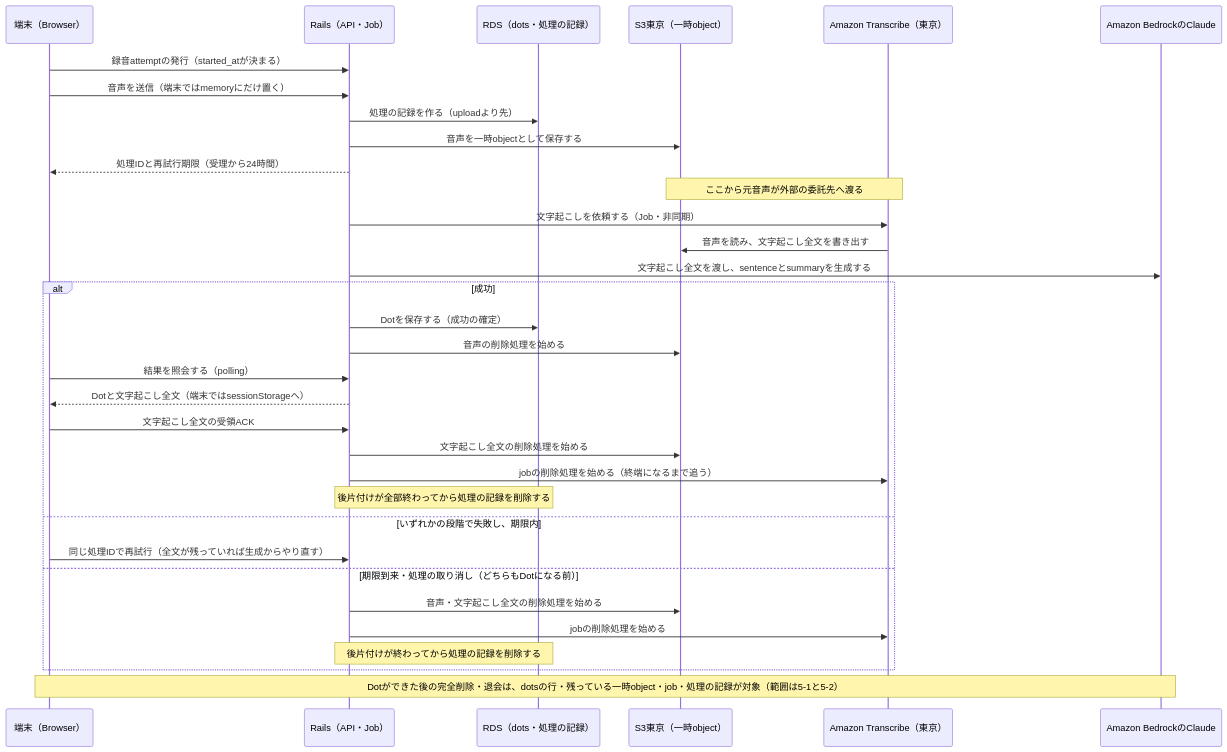
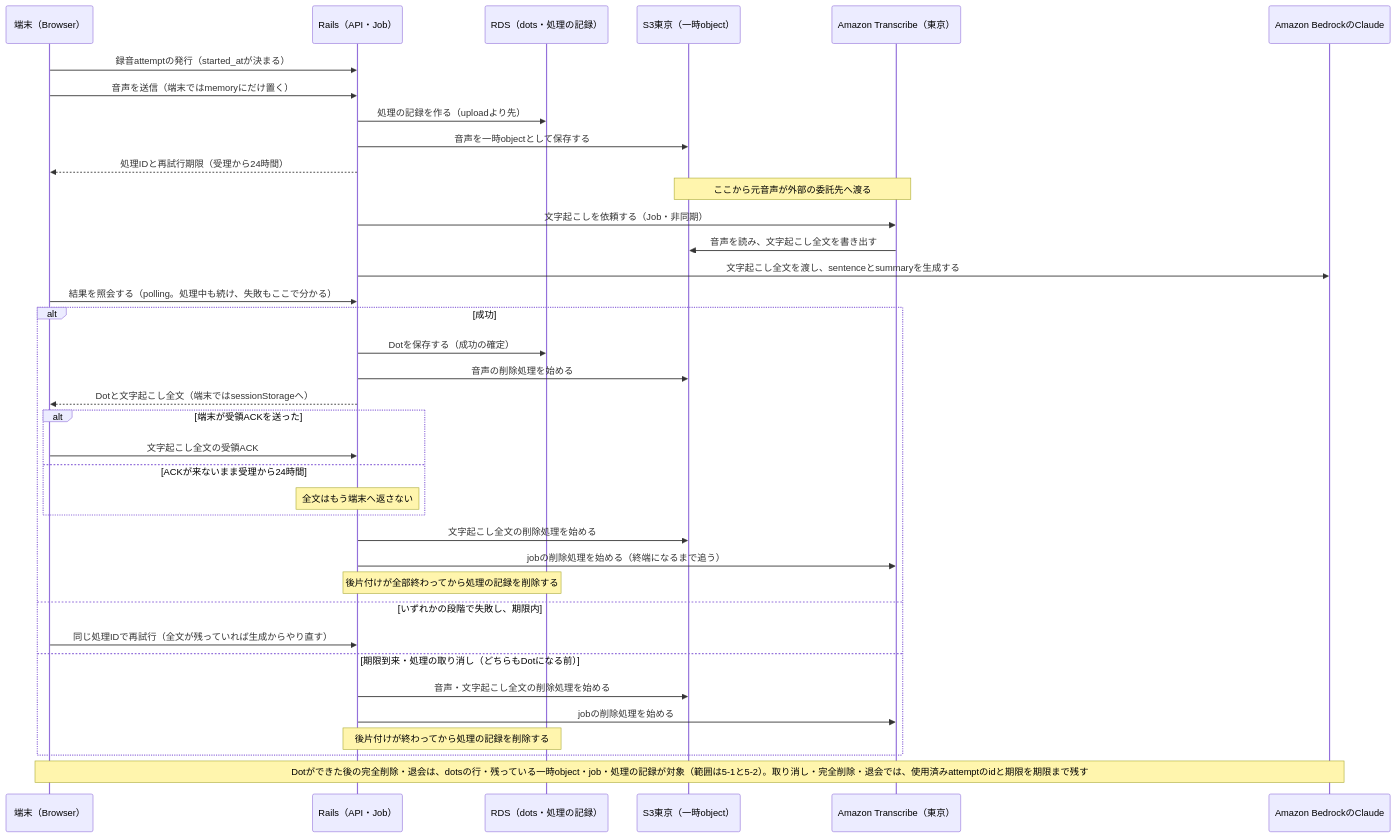
Before and after one commit to FujieMasaki/fod-app: the diagram in docs/privacy.md, drawn with Mermaid. The commit also changed other lines of this file and 1 other file, not shown here.

Commit message:
docs: 成功後もACKがなければ24時間で全文の削除を始めることを図に示す - privacy.mdの成功の枝を「受領ACK」と「ACKが来ないまま受理から24時間」に分け、どちらでも文字起こし全文とjobの削除処理を始めるようにした。期限が「Dotになる前」だけに効くように読めていた（サブエージェントの指摘） - 結果の照会を分岐の前に置き、処理中も続けて失敗もそこで分かるようにした - 取り消し・完全削除・退会で使用済みattemptのidと期限を残すことを注記した - jobの削除はアプリが行い、委託先の内部で保持され得る分は即時に消せない、と書き分けた - dot-history.mdの0件の矢印を、画面の自動切り替えではなく一覧のデータの取り直しと明記した
Claude-Session: https://claude.ai/code/session_01KTEi7nzin7t41k1wbo4Bbr

````diff
--- a/docs/privacy.md
+++ b/docs/privacy.md
@@ -164,35 +164,39 @@
 ```mermaid
 sequenceDiagram
     participant B as 端末（Browser）
     participant R as Rails（API・Job）
     participant DB as RDS（dots・処理の記録）
     participant S3 as S3東京（一時object）
     participant T as Amazon Transcribe（東京）
     participant AI as Amazon BedrockのClaude
     B->>R: 録音attemptの発行（started_atが決まる）
     B->>R: 音声を送信（端末ではmemoryにだけ置く）
     R->>DB: 処理の記録を作る（uploadより先）
     R->>S3: 音声を一時objectとして保存する
     R-->>B: 処理IDと再試行期限（受理から24時間）
     Note over S3,T: ここから元音声が外部の委託先へ渡る
     R->>T: 文字起こしを依頼する（Job・非同期）
     T->>S3: 音声を読み、文字起こし全文を書き出す
     R->>AI: 文字起こし全文を渡し、sentenceとsummaryを生成する
+    B->>R: 結果を照会する（polling。処理中も続け、失敗もここで分かる）
     alt 成功
         R->>DB: Dotを保存する（成功の確定）
         R->>S3: 音声の削除処理を始める
-        B->>R: 結果を照会する（polling）
         R-->>B: Dotと文字起こし全文（端末ではsessionStorageへ）
-        B->>R: 文字起こし全文の受領ACK
+        alt 端末が受領ACKを送った
+            B->>R: 文字起こし全文の受領ACK
+        else ACKが来ないまま受理から24時間
+            Note over R: 全文はもう端末へ返さない
+        end
         R->>S3: 文字起こし全文の削除処理を始める
         R->>T: jobの削除処理を始める（終端になるまで追う）
         Note over R,DB: 後片付けが全部終わってから処理の記録を削除する
     else いずれかの段階で失敗し、期限内
         B->>R: 同じ処理IDで再試行（全文が残っていれば生成からやり直す）
     else 期限到来・処理の取り消し（どちらもDotになる前）
         R->>S3: 音声・文字起こし全文の削除処理を始める
         R->>T: jobの削除処理を始める
         Note over R,DB: 後片付けが終わってから処理の記録を削除する
     end
-    Note over B,AI: Dotができた後の完全削除・退会は、dotsの行・残っている一時object・job・処理の記録が対象（範囲は5-1と5-2）
+    Note over B,AI: Dotができた後の完全削除・退会は、dotsの行・残っている一時object・job・処理の記録が対象（範囲は5-1と5-2）。取り消し・完全削除・退会では、使用済みattemptのidと期限を期限まで残す
 ```
````
